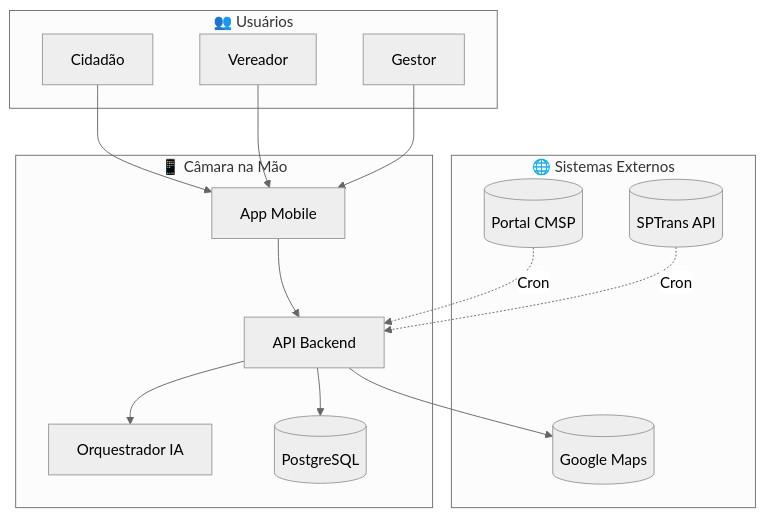
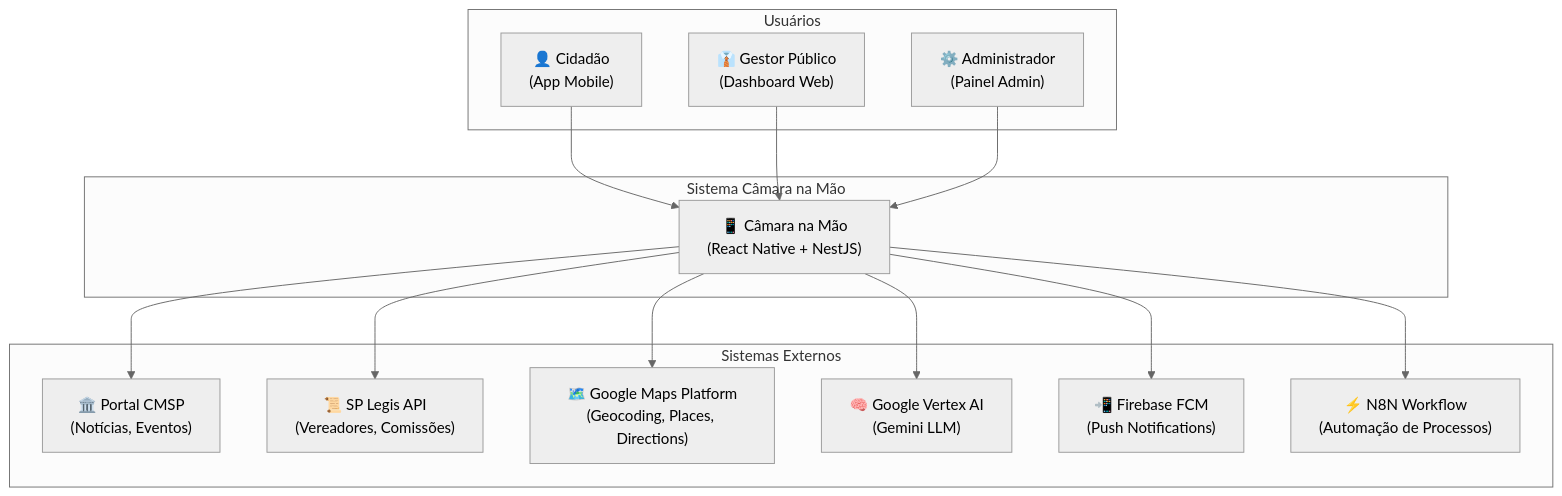
One commit to MTechnologia/camana-na-mao changed the fourth of 33 diagrams in docs/ESCOPO_E_ARQUITETURA_CAMARA_NA_MAO.md. Above: the diagram before and after it, drawn with Mermaid (neutral theme). The commit also changed other lines of this file, not shown here.

````diff
--- a/docs/ESCOPO_E_ARQUITETURA_CAMARA_NA_MAO.md
+++ b/docs/ESCOPO_E_ARQUITETURA_CAMARA_NA_MAO.md
@@ -216,31 +333,32 @@
 ```mermaid
 flowchart TB
-    subgraph Externos["🌐 Sistemas Externos"]
-        CMSP[("Portal CMSP")]
-        SPTrans[("SPTrans API")]
-        GMaps[("Google Maps")]
+    subgraph Usuarios["Usuários"]
+        Cidadao["👤 Cidadão<br/>(App Mobile)"]
+        Gestor["👔 Gestor Público<br/>(Dashboard Web)"]
+        Admin["⚙️ Administrador<br/>(Painel Admin)"]
     end
-
-    subgraph Sistema["📱 Câmara na Mão"]
-        App["App Mobile"]
-        API["API Backend"]
-        AI["Orquestrador IA"]
-        DB[("PostgreSQL")]
+    
+    subgraph Sistema["Sistema Câmara na Mão"]
+        App["📱 Câmara na Mão<br/>(React Native + NestJS)"]
     end
-
-    subgraph Usuarios["👥 Usuários"]
-        Cidadao["Cidadão"]
-        Vereador["Vereador"]
-        Gestor["Gestor"]
+    
+    subgraph Externos["Sistemas Externos"]
+        PortalCMSP["🏛️ Portal CMSP<br/>(Notícias, Eventos)"]
+        SPLegis["📜 SP Legis API<br/>(Vereadores, Comissões)"]
+        GoogleMaps["🗺️ Google Maps Platform<br/>(Geocoding, Places, Directions)"]
+        VertexAI["🧠 Google Vertex AI<br/>(Gemini LLM)"]
+        FCM["📲 Firebase FCM<br/>(Push Notifications)"]
+        N8N["⚡ N8N Workflow<br/>(Automação de Processos)"]
     end
-
+    
     Cidadao --> App
-    Vereador --> App
     Gestor --> App
-    App --> API
-    API --> AI
-    API --> DB
-    API --> GMaps
-    CMSP -.->|Cron| API
-    SPTrans -.->|Cron| API
+    Admin --> App
+    
+    App --> PortalCMSP
+    App --> SPLegis
+    App --> GoogleMaps
+    App --> VertexAI
+    App --> FCM
+    App --> N8N
 ```
````
